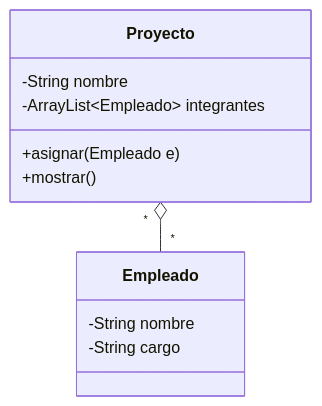
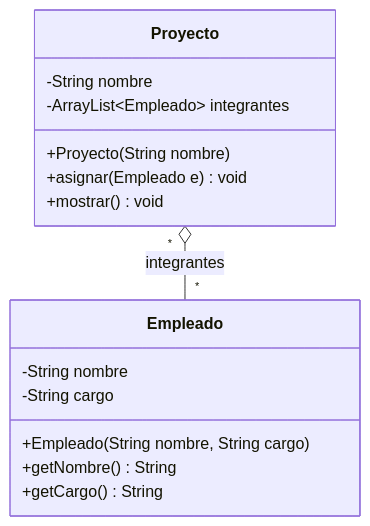
Before and after one commit to CursosProgramacionEP/USIL_SEMANA09: the fourth of 6 diagrams in EJERCICIOS_CLASE.md, drawn with Mermaid. The commit also changed other lines of this file, not shown here.

Commit message:
Prácticas: diagramas UML completos (atributos, constructores, getters y métodos)

````diff
--- a/EJERCICIOS_CLASE.md
+++ b/EJERCICIOS_CLASE.md
@@ -150,14 +165,18 @@
 ```mermaid
 classDiagram
     class Proyecto {
         -String nombre
         -ArrayList~Empleado~ integrantes
-        +asignar(Empleado e)
-        +mostrar()
+        +Proyecto(String nombre)
+        +asignar(Empleado e) void
+        +mostrar() void
     }
     class Empleado {
         -String nombre
         -String cargo
+        +Empleado(String nombre, String cargo)
+        +getNombre() String
+        +getCargo() String
     }
-    Proyecto "*" o-- "*" Empleado
+    Proyecto "*" o-- "*" Empleado : integrantes
 ```
````
